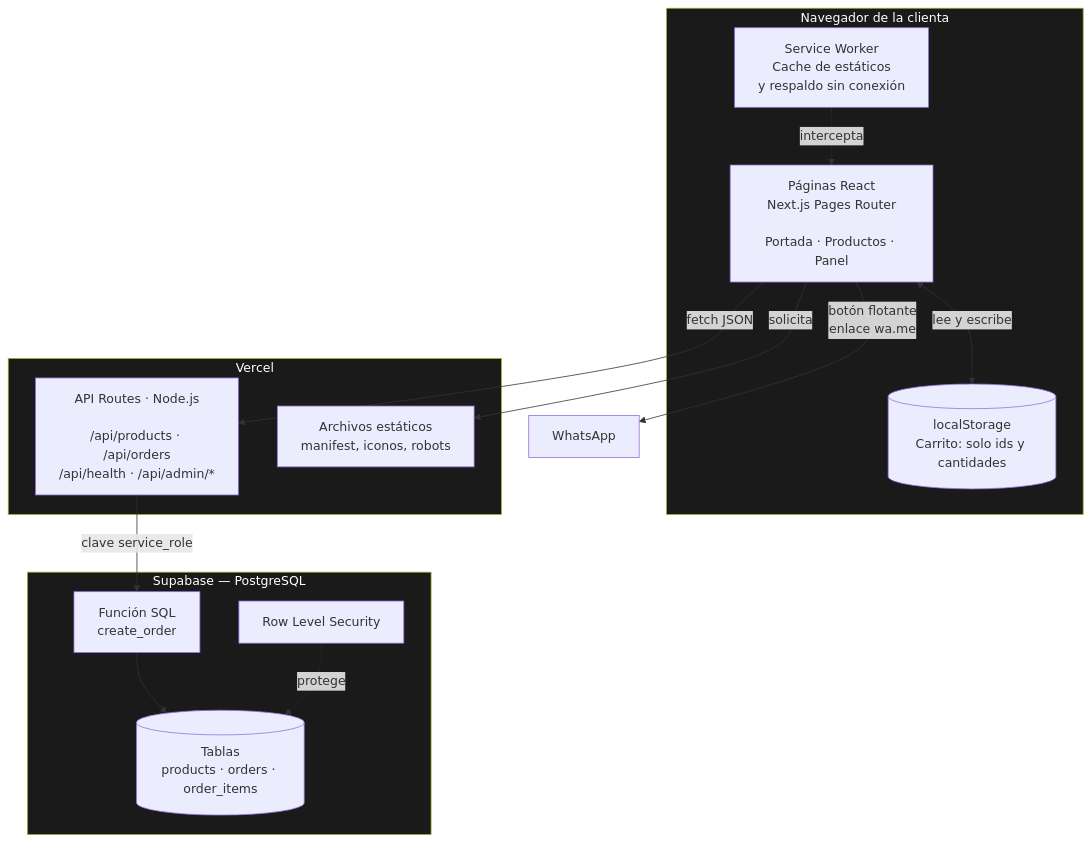
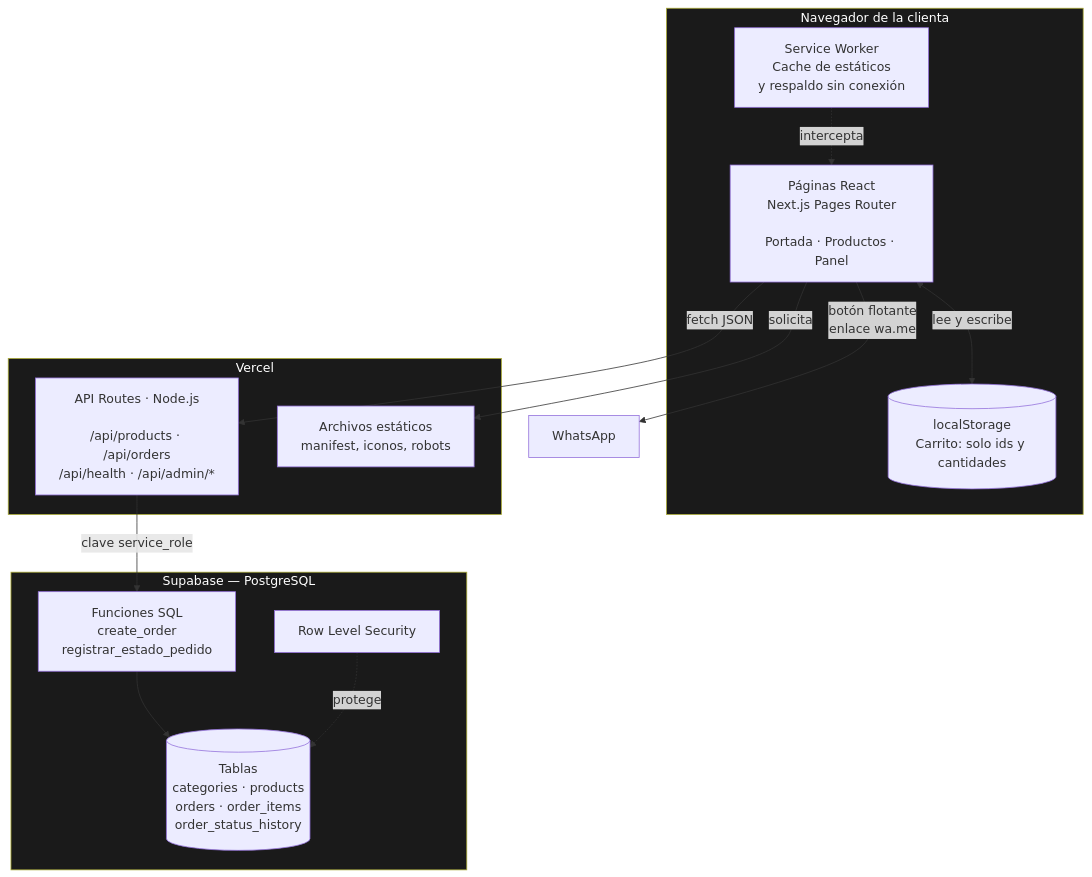
One commit to Alejandro-Paz05/Proyecto_ISW2 changed the second of 7 diagrams in docs/arquitectura.md. Above: the diagram before and after it, drawn with Mermaid. The commit also changed other lines of this file and 2 other files, not shown here.

First line of the commit message:
docs(arquitectura): reflejar las dos tablas nuevas en el modelo y los diagramas

````diff
--- a/docs/arquitectura.md
+++ b/docs/arquitectura.md
@@ -48,34 +48,34 @@
 ```mermaid
 flowchart TB
     subgraph navegador["Navegador de la clienta"]
         spa["Páginas React<br/>Next.js Pages Router<br/><br/>Portada · Productos · Panel"]
         sw["Service Worker<br/>Cache de estáticos<br/>y respaldo sin conexión"]
         ls[("localStorage<br/>Carrito: solo ids y cantidades")]
     end
 
     subgraph vercel["Vercel"]
         api["API Routes · Node.js<br/><br/>/api/products · /api/orders<br/>/api/health · /api/admin/*"]
         estaticos["Archivos estáticos<br/>manifest, iconos, robots"]
     end
 
     subgraph supabase["Supabase — PostgreSQL"]
-        tablas[("Tablas<br/>products · orders · order_items")]
-        funciones["Función SQL<br/>create_order"]
+        tablas[("Tablas<br/>categories · products<br/>orders · order_items<br/>order_status_history")]
+        funciones["Funciones SQL<br/>create_order<br/>registrar_estado_pedido"]
         rls["Row Level Security"]
     end
 
     wa["WhatsApp"]
 
     spa -->|"fetch JSON"| api
     spa <-->|"lee y escribe"| ls
     sw -.->|"intercepta"| spa
     spa -->|"solicita"| estaticos
     spa -->|"botón flotante<br/>enlace wa.me"| wa
     api -->|"clave service_role"| funciones
     funciones --> tablas
     rls -.->|"protege"| tablas
 
     style navegador fill:#1a1a1a,color:#fff
     style vercel fill:#1a1a1a,color:#fff
     style supabase fill:#1a1a1a,color:#fff
 ```
````
